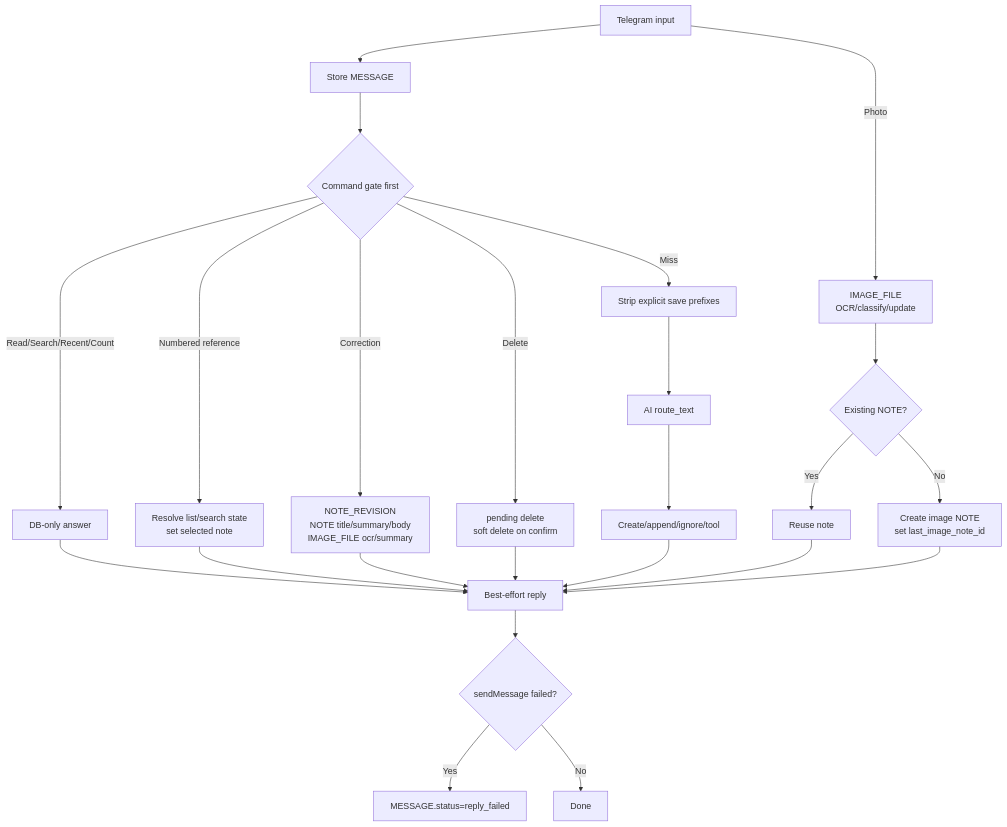
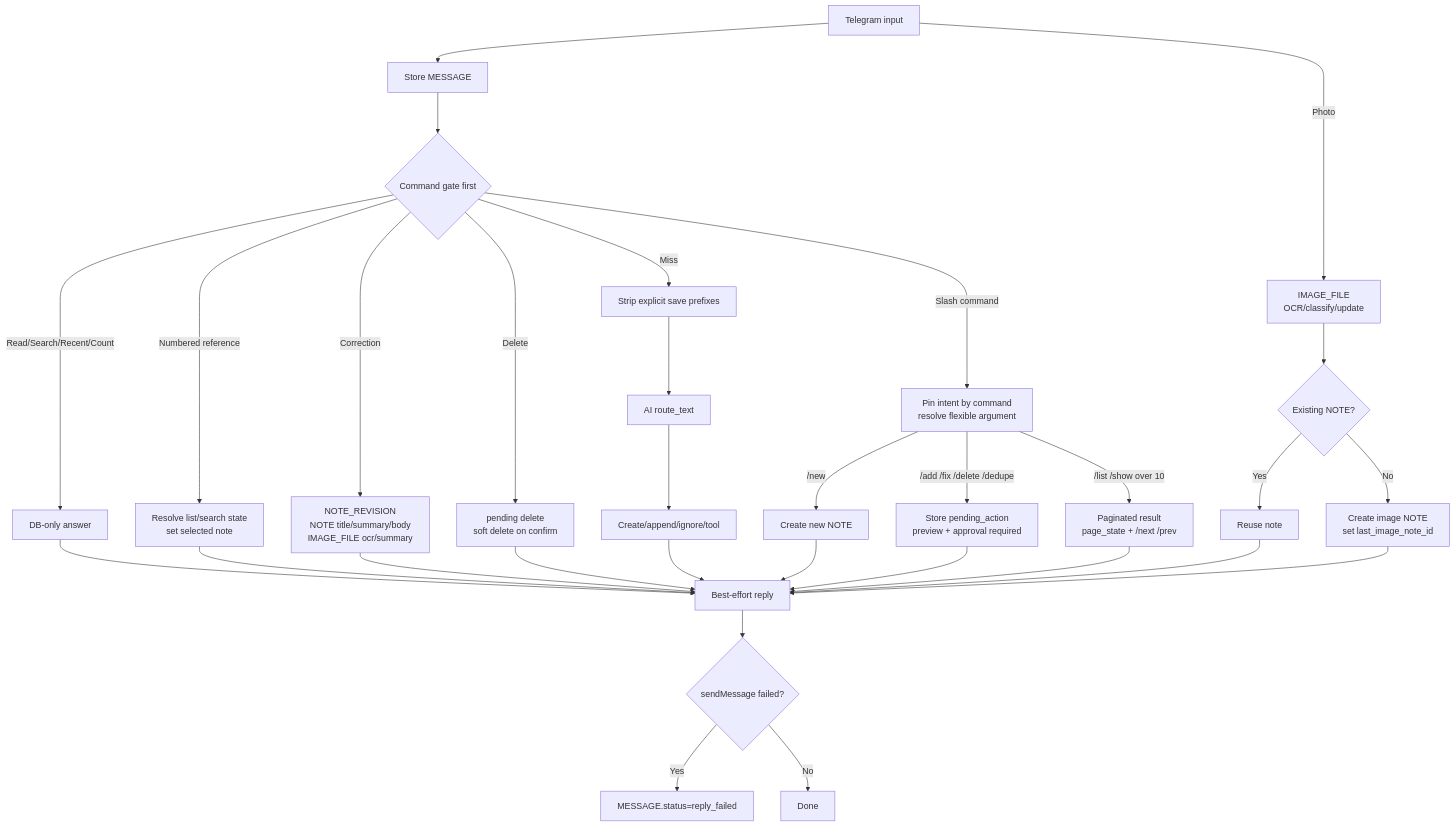
Before and after one commit to Transient-Onlooker/tg-note-agent: the fourth of 4 diagrams in docs/ARCHITECTURE.md, drawn with Mermaid. The commit also changed other lines of this file and 7 other files, not shown here.

````diff
--- a/docs/ARCHITECTURE.md
+++ b/docs/ARCHITECTURE.md
@@ -164,26 +181,33 @@
 ```mermaid
 flowchart TD
     In["Telegram input"] --> Store["Store MESSAGE"]
     Store --> Gate{"Command gate first"}
+    Gate -->|Slash command| Slash["Pin intent by command<br/>resolve flexible argument"]
+    Slash -->|/new| New["Create new NOTE"]
+    Slash -->|/add /fix /delete /dedupe| Approve["Store pending_action<br/>preview + approval required"]
+    Slash -->|/list /show over 10| Page["Paginated result<br/>page_state + /next /prev"]
     Gate -->|Read/Search/Recent/Count| Read["DB-only answer"]
     Gate -->|Numbered reference| Select["Resolve list/search state<br/>set selected note"]
     Gate -->|Correction| Correct["NOTE_REVISION<br/>NOTE title/summary/body<br/>IMAGE_FILE ocr/summary"]
     Gate -->|Delete| Delete["pending delete<br/>soft delete on confirm"]
     Gate -->|Miss| Prep["Strip explicit save prefixes"]
     Prep --> AI["AI route_text"]
     AI --> Save["Create/append/ignore/tool"]
     In -->|Photo| OCR["IMAGE_FILE<br/>OCR/classify/update"]
     OCR --> Duplicate{"Existing NOTE?"}
     Duplicate -->|Yes| Reuse["Reuse note"]
     Duplicate -->|No| NewImageNote["Create image NOTE<br/>set last_image_note_id"]
     Read --> Reply["Best-effort reply"]
     Select --> Reply
     Correct --> Reply
     Delete --> Reply
     Save --> Reply
+    New --> Reply
+    Approve --> Reply
+    Page --> Reply
     Reuse --> Reply
     NewImageNote --> Reply
     Reply --> Fail{"sendMessage failed?"}
     Fail -->|Yes| ReplyFailed["MESSAGE.status=reply_failed"]
     Fail -->|No| Done["Done"]
 ```
````
